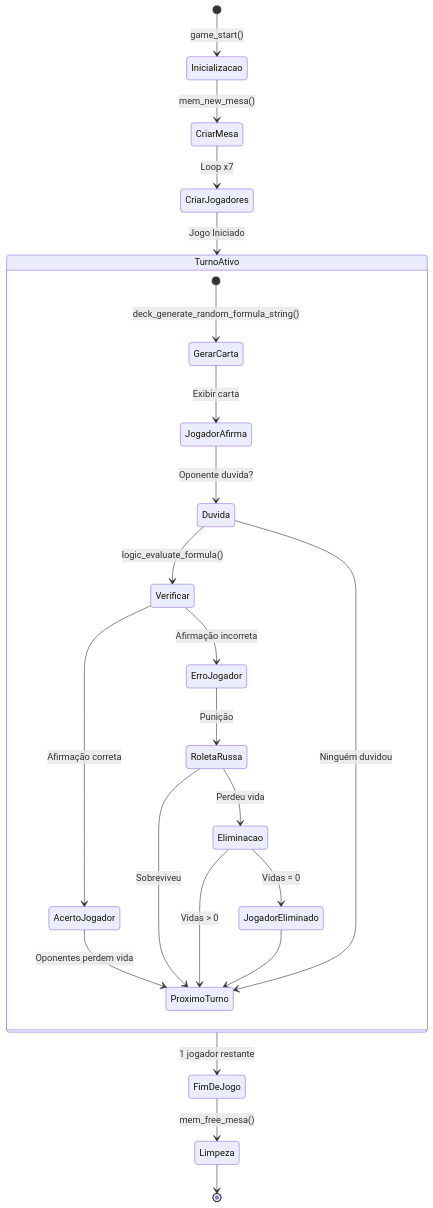
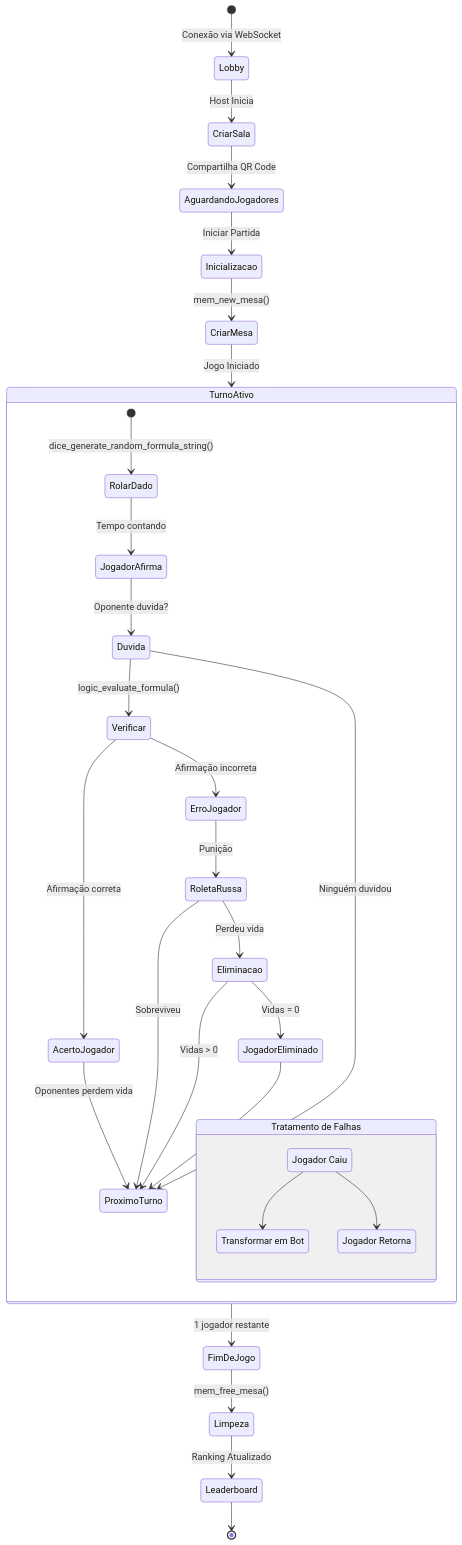
The third of 4 diagrams in README.md (rsc3-pixel/The-Boolean-Bar), drawn with Mermaid before and after one commit. The commit also changed other lines of this file, not shown here.

Commit message:
docs: reestruturar README para Fullstack e alinhar terminologia Liar's Dice

````diff
--- a/README.md
+++ b/README.md
@@ -178,29 +197,42 @@
 ```mermaid
 stateDiagram-v2
-    [*] --> Inicializacao: game_start()
+    [*] --> Lobby: Conexão via WebSocket
+    Lobby --> CriarSala: Host Inicia
+    CriarSala --> AguardandoJogadores: Compartilha QR Code
+    AguardandoJogadores --> Inicializacao: Iniciar Partida
+
     Inicializacao --> CriarMesa: mem_new_mesa()
-    CriarMesa --> CriarJogadores: Loop x7
-
-    CriarJogadores --> TurnoAtivo: Jogo Iniciado
+    CriarMesa --> TurnoAtivo: Jogo Iniciado
 
     state TurnoAtivo {
-        [*] --> GerarCarta: deck_generate_random_formula_string()
-        GerarCarta --> JogadorAfirma: Exibir carta
+        [*] --> RolarDado: dice_generate_random_formula_string()
+        RolarDado --> JogadorAfirma: Tempo contando
         JogadorAfirma --> Duvida: Oponente duvida?
+        
+        state "Tratamento de Falhas" as FailSafe {
+            Desconexao: Jogador Caiu
+            BotAssumes: Transformar em Bot
+            Reconnect: Jogador Retorna
+            
+            Desconexao --> BotAssumes
+            Desconexao --> Reconnect
+        }
+
         Duvida --> Verificar: logic_evaluate_formula()
         Verificar --> AcertoJogador: Afirmação correta
         Verificar --> ErroJogador: Afirmação incorreta
         AcertoJogador --> ProximoTurno: Oponentes perdem vida
         ErroJogador --> RoletaRussa: Punição
         RoletaRussa --> ProximoTurno: Sobreviveu
         RoletaRussa --> Eliminacao: Perdeu vida
         Eliminacao --> ProximoTurno: Vidas > 0
         Eliminacao --> JogadorEliminado: Vidas = 0
         JogadorEliminado --> ProximoTurno
         Duvida --> ProximoTurno: Ninguém duvidou
     }
 
     TurnoAtivo --> FimDeJogo: 1 jogador restante
     FimDeJogo --> Limpeza: mem_free_mesa()
-    Limpeza --> [*]
+    Limpeza --> Leaderboard: Ranking Atualizado
+    Leaderboard --> [*]
 ```
````
